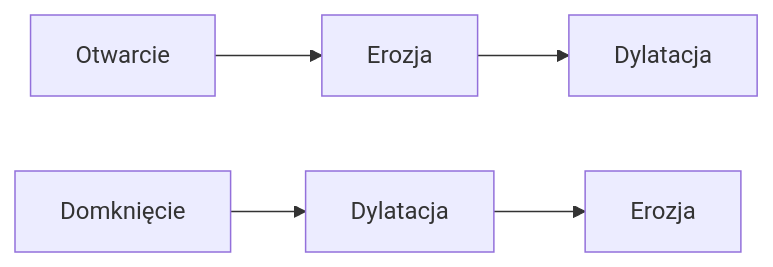
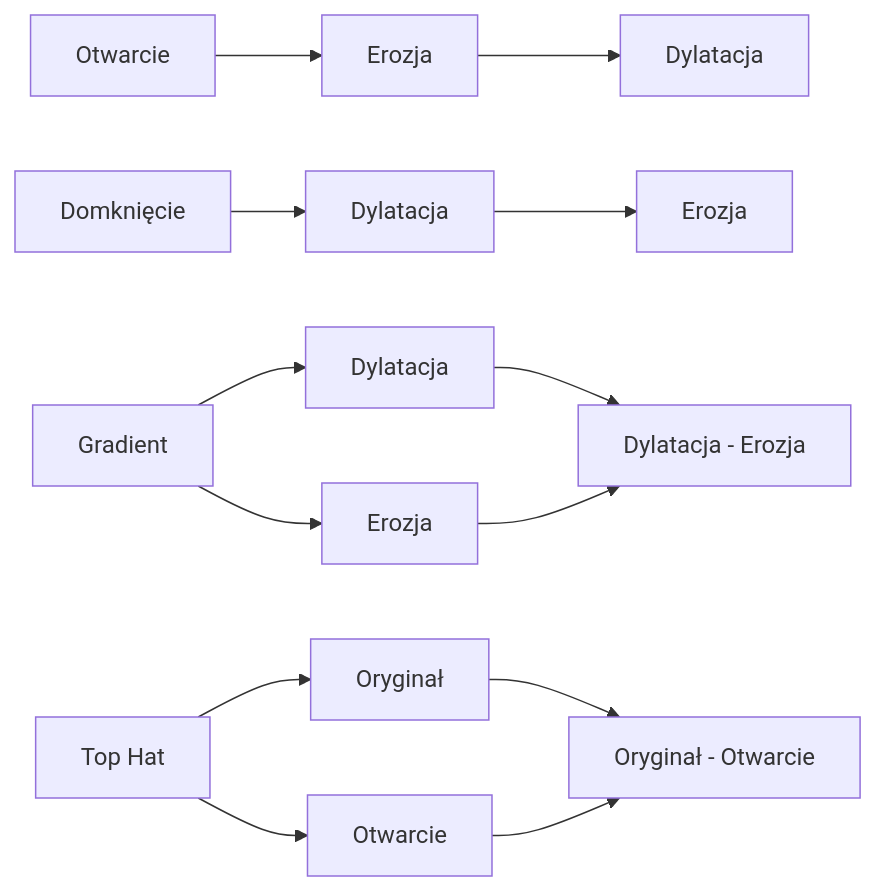
One commit to zacniewski/digital-image-processing-exercises changed the first of 5 diagrams in lectures/05_morphology_and_edges.md. Above: the diagram before and after it, drawn with Mermaid. The commit also changed other lines of this file and 6 other files, not shown here.

````diff
--- a/lectures/05_morphology_and_edges.md
+++ b/lectures/05_morphology_and_edges.md
@@ -33,8 +40,18 @@
 ```mermaid
 graph LR
-    Sub1[Otwarcie] --> Sub1_1[Erozja]
-    Sub1_1 --> Sub1_2[Dylatacja]
+    Open[Otwarcie] --> E1[Erozja]
+    E1 --> D1[Dylatacja]
 
-    Sub2[Domknięcie] --> Sub2_1[Dylatacja]
-    Sub2_1 --> Sub2_2[Erozja]
+    Close[Domknięcie] --> D2[Dylatacja]
+    D2 --> E2[Erozja]
+
+    Grad[Gradient] --> D3[Dylatacja]
+    Grad --> E3[Erozja]
+    D3 --> Sub1[Dylatacja - Erozja]
+    E3 --> Sub1
+
+    TH[Top Hat] --> O1[Otwarcie]
+    TH --> Org1[Oryginał]
+    Org1 --> Sub2[Oryginał - Otwarcie]
+    O1 --> Sub2
 ```
````
